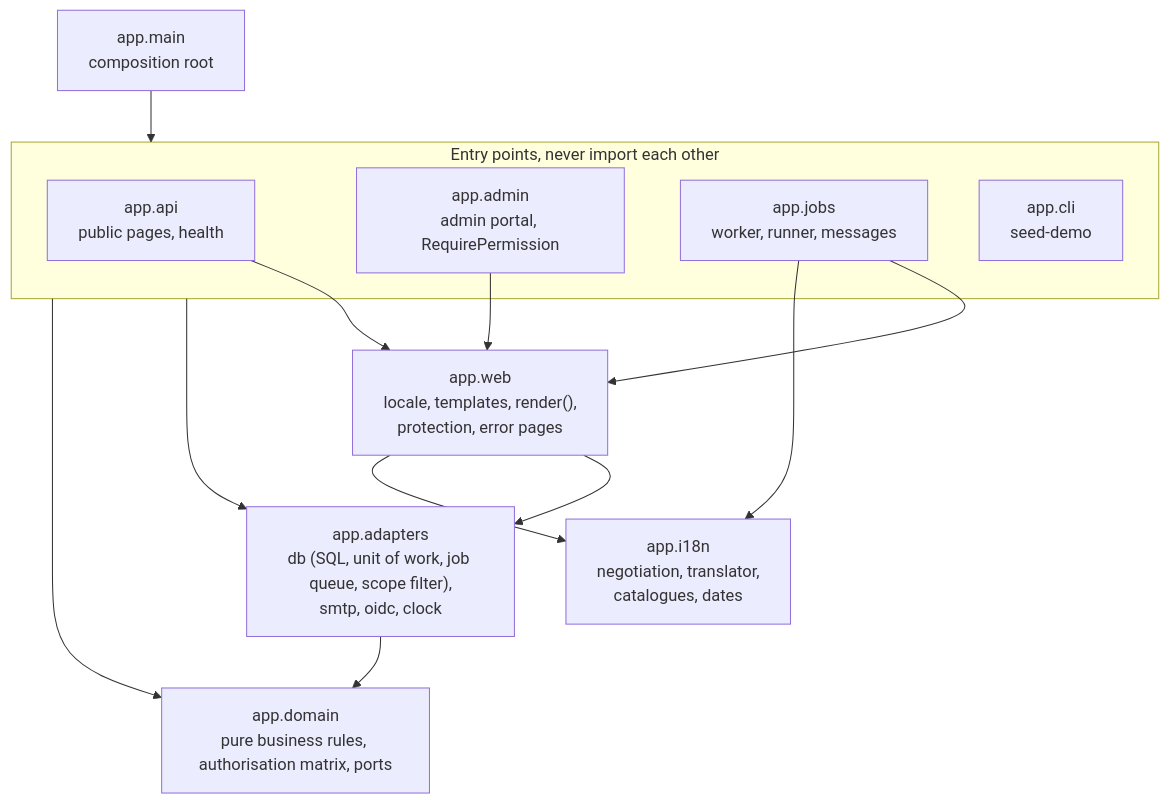
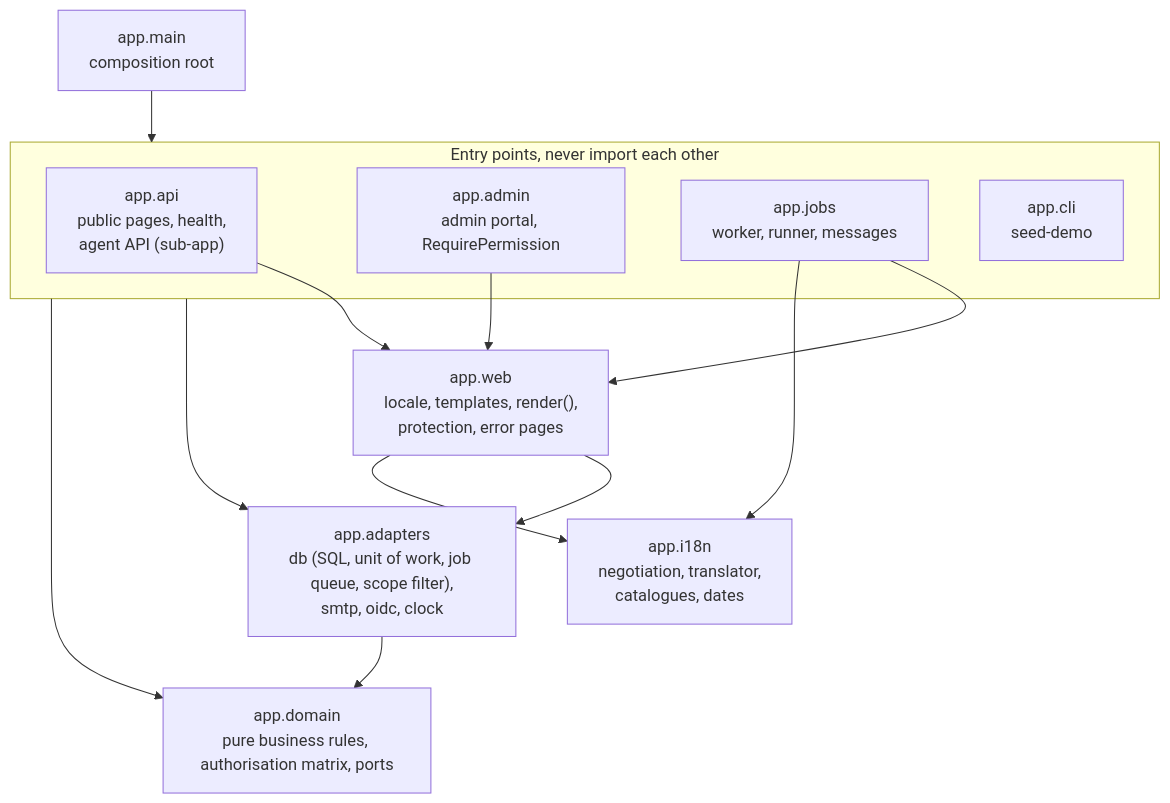
Before and after one commit to 3Corners-Labs/OpenPlanner: the third of 13 diagrams in docs/architecture.md, drawn with Mermaid. The commit also changed other lines of this file and 57 other files, not shown here.

````diff
--- a/docs/architecture.md
+++ b/docs/architecture.md
@@ -118,28 +121,28 @@
 ```mermaid
 flowchart TB
     main["app.main<br/>composition root"]
 
     subgraph entry [Entry points, never import each other]
-        api["app.api<br/>public pages, health"]
+        api["app.api<br/>public pages, health,<br/>agent API (sub-app)"]
         adminpkg["app.admin<br/>admin portal, RequirePermission"]
         jobs["app.jobs<br/>worker, runner, messages"]
         cli["app.cli<br/>seed-demo"]
     end
 
     web["app.web<br/>locale, templates, render(),<br/>protection, error pages"]
     adapters["app.adapters<br/>db (SQL, unit of work, job queue, scope filter),<br/>smtp, oidc, clock"]
     domain["app.domain<br/>pure business rules, authorisation matrix, ports"]
     i18n["app.i18n<br/>negotiation, translator,<br/>catalogues, dates"]
 
     main --> entry
     api --> web
     adminpkg --> web
     jobs --> web
     entry --> adapters
     web --> adapters
     adapters --> domain
     entry --> domain
     web --> i18n
     jobs --> i18n
 
 ```
````
